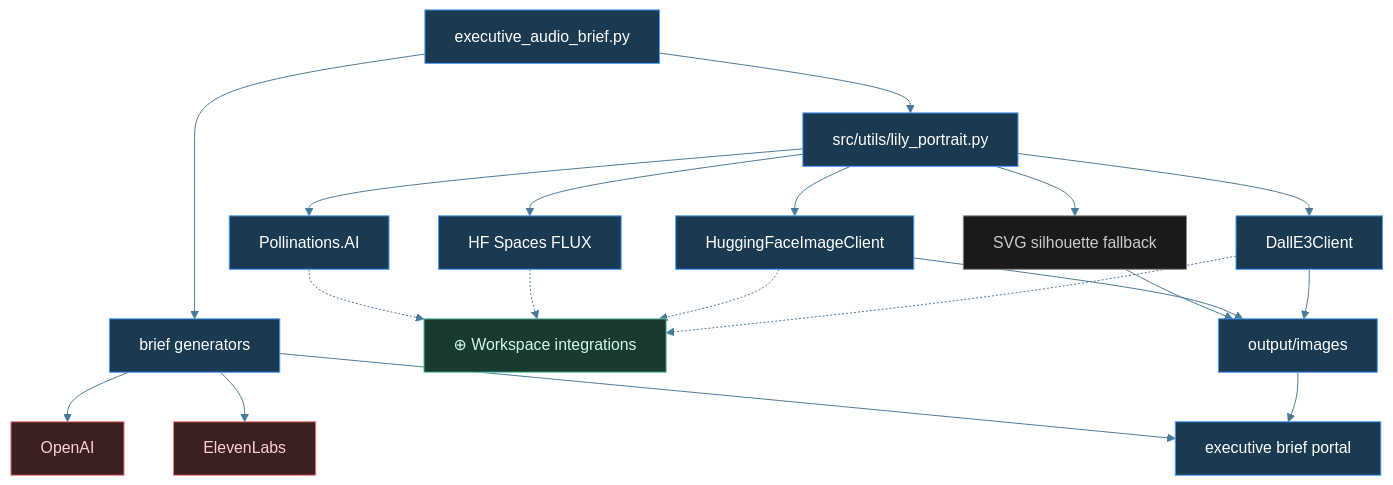
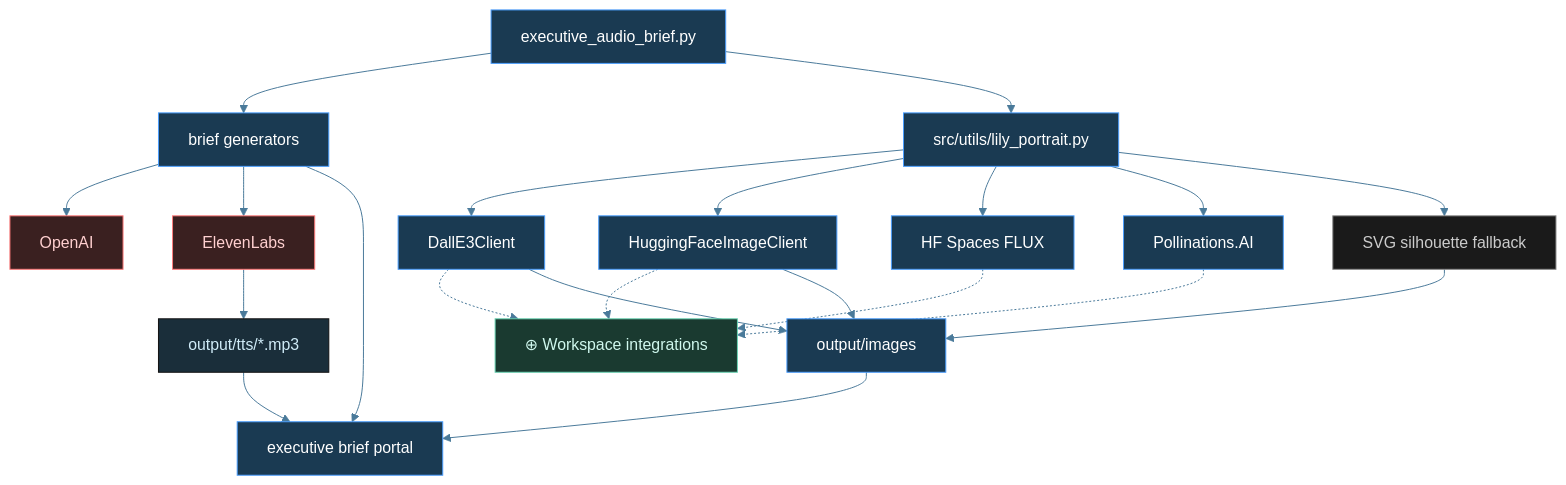
Before and after one commit to tylerdrakemusic/-Workspace: the diagram in diagrams/manifest-derived-media-pipeline.mmd, drawn with Mermaid. The commit also changed 7 other files, not shown here.

Commit message:
fix: repair architecture diagram reconciliation

```diff
--- a/diagrams/manifest-derived-media-pipeline.mmd
+++ b/diagrams/manifest-derived-media-pipeline.mmd
@@ -1,30 +1,32 @@
 %%{init: {'theme': 'base', 'themeVariables': {'primaryColor': '#1a2e3a', 'primaryTextColor': '#d0ecf8', 'edgeLabelBackground': '#0f1318', 'lineColor': '#4a7a9a'}}}%%
 %% is_derived_view=true
 %% Traceability.parent: diagrams/manifest-architecture.mmd
 graph TB
     Tools[executive_audio_brief.py] --> Briefs[brief generators]
     Briefs --> OpenAI[OpenAI]
     Briefs --> ElevenLabs[ElevenLabs]
     Tools --> Lily[src/utils/lily_portrait.py]
     Lily --> DallE3[DallE3Client]
     Lily --> HFImage[HuggingFaceImageClient]
     Lily --> HFSpaces[HF Spaces FLUX]
     Lily --> Pollinations[Pollinations.AI]
     Lily --> Fallback[SVG silhouette fallback]
     DallE3 -.-> WS[⊕ Workspace integrations]
     HFImage -.-> WS
     HFSpaces -.-> WS
     Pollinations -.-> WS
     DallE3 --> Images[output/images]
     HFImage --> Images
     Fallback --> Images
     Images --> Portal[executive brief portal]
+    AudioOut --> Portal
+    ElevenLabs --> AudioOut[output/tts/*.mp3]
     Briefs --> Portal
     class Tools,Briefs,Lily,DallE3,HFImage,HFSpaces,Pollinations,Images,Portal orch
     class Fallback state
     class WS ws
     class OpenAI,ElevenLabs ext
 classDef orch fill:#1a3a52,stroke:#4a9eff,color:#fff
 classDef ws fill:#1a3a30,stroke:#6ad4b4,color:#d0f8ee
 classDef ext fill:#3a2020,stroke:#ff7a7a,color:#ffd0d0
 classDef state fill:#1a1a1a,stroke:#888888,color:#cccccc
```
